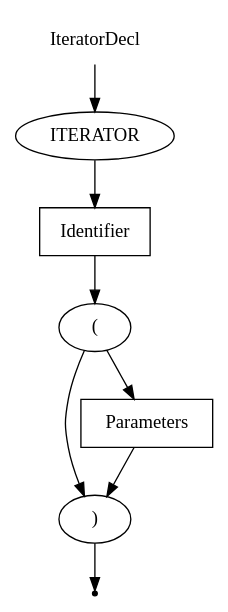
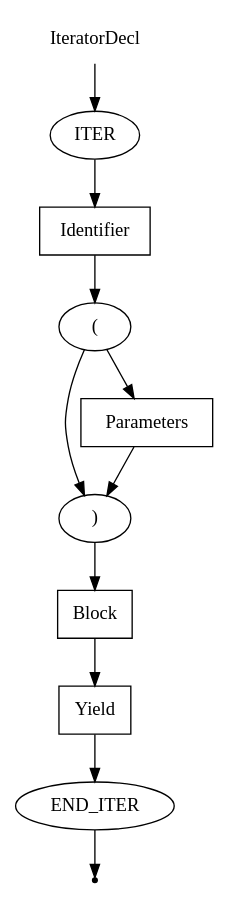
The diagram in DSLTools/examples/RBNFEXPRESSIONSTESTRULES/wirth/IteratorDecl.gv (EgorGoluzin/DSL), drawn with Graphviz before and after one commit. The commit also changed 8 other files, not shown here.

```diff
--- a/DSLTools/examples/RBNFEXPRESSIONSTESTRULES/wirth/IteratorDecl.gv
+++ b/DSLTools/examples/RBNFEXPRESSIONSTESTRULES/wirth/IteratorDecl.gv
@@ -1,16 +1,22 @@
 digraph IteratorDecl {
   start [label="IteratorDecl" shape=plaintext];
-  A [label="ITERATOR" shape=oval];
+  A [label="ITER" shape=oval];
   B [label="Identifier" shape=box];
   C [label="(" shape=oval];
   D [label=")" shape=oval];
   E [label="Parameters" shape=box];
+  F [label="Block" shape=box];
+  G [label="Yield" shape=box];
+  H [label="END_ITER" shape=oval];
   end [label="" shape=point];
   start -> A;
   A -> B;
   B -> C;
   C -> E;
   C -> D;
-  D -> end;
+  D -> F;
   E -> D;
+  F -> G;
+  G -> H;
+  H -> end;
 }
```
